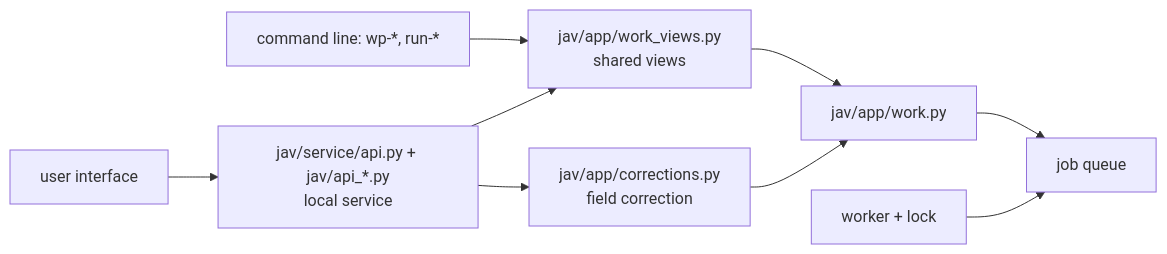
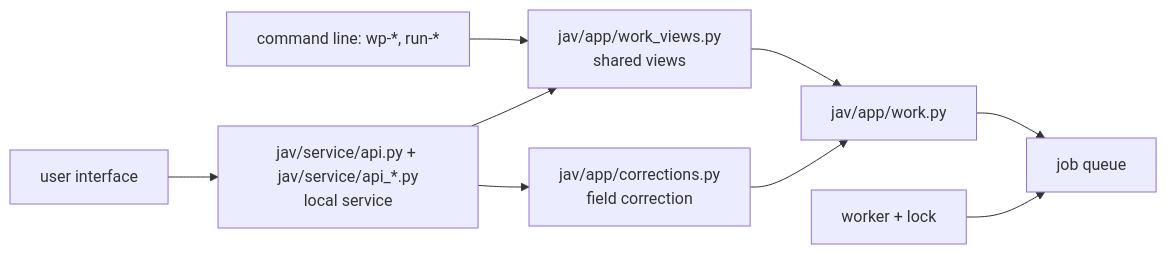
The second of 4 diagrams in docs/ARCHITECTURE.md (kassaiattila/58_JEV_AI), drawn with Mermaid before and after one commit. The commit also changed other lines of this file and 19 other files, not shown here.

````diff
--- a/docs/ARCHITECTURE.md
+++ b/docs/ARCHITECTURE.md
@@ -310,11 +312,11 @@
 ```mermaid
 flowchart LR
-  UI["user interface"] --> API[jav/service/api.py + jav/api_*.py<br/>local service]
+  UI["user interface"] --> API[jav/service/api.py + jav/service/api_*.py<br/>local service]
   CLI[command line: wp-*, run-*] --> VIEWS
   API --> VIEWS[jav/app/work_views.py<br/>shared views]
   API --> CORR[jav/app/corrections.py<br/>field correction]
   VIEWS --> WORK[jav/app/work.py]
   CORR --> WORK
   WORK --> Q[job queue]
   W[worker + lock] --> Q
 ```
````
